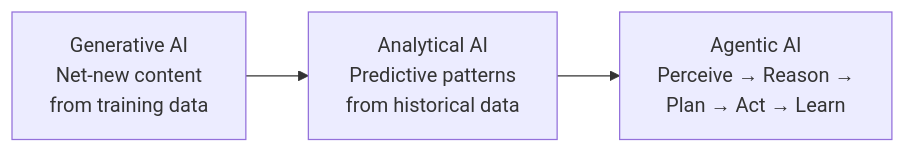
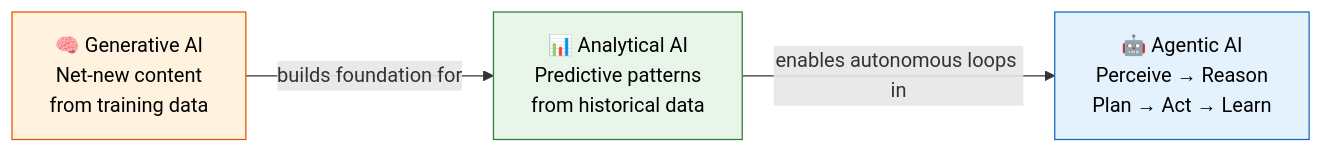
Before and after one commit to sfrancis2017/sajivfrancis.github.io: the first of 5 diagrams in src/content/blog/2026-06-07-ai-driven-leadership.mdx, drawn with Mermaid. The commit also changed other lines of this file, not shown here.

````diff
--- a/src/content/blog/2026-06-07-ai-driven-leadership.mdx
+++ b/src/content/blog/2026-06-07-ai-driven-leadership.mdx
@@ -24,7 +15,17 @@
 ```mermaid
 flowchart LR
-  GEN["Generative AI<br>Net-new content<br>from training data"]
-  ANA["Analytical AI<br>Predictive patterns<br>from historical data"]
-  AGE["Agentic AI<br>Perceive → Reason →<br>Plan → Act → Learn"]
-  GEN --> ANA --> AGE
+  classDef ai fill:#fff3e0,stroke:#e65100,color:#000
+  classDef integration fill:#e8f5e9,stroke:#2e7d32,color:#000
+  classDef agentic fill:#e3f2fd,stroke:#1565c0,color:#000
+
+  GEN["🧠 Generative AI<br/>Net-new content<br/>from training data"]
+  ANA["📊 Analytical AI<br/>Predictive patterns<br/>from historical data"]
+  AGE["🤖 Agentic AI<br/>Perceive → Reason<br/>Plan → Act → Learn"]
+
+  GEN -->|"builds foundation for"| ANA
+  ANA -->|"enables autonomous loops in"| AGE
+
+  class GEN ai
+  class ANA integration
+  class AGE agentic
 ```
````
